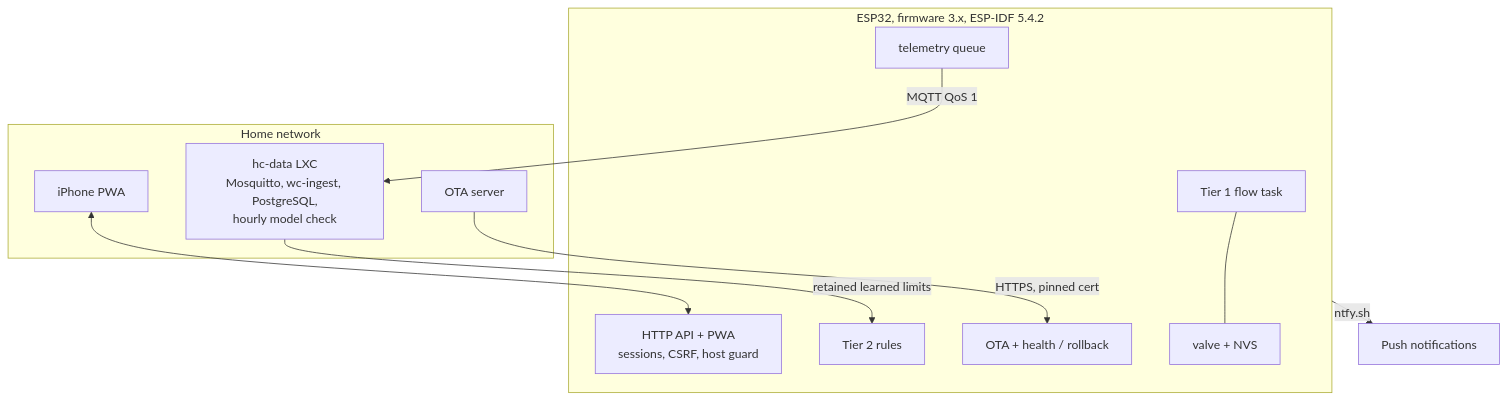
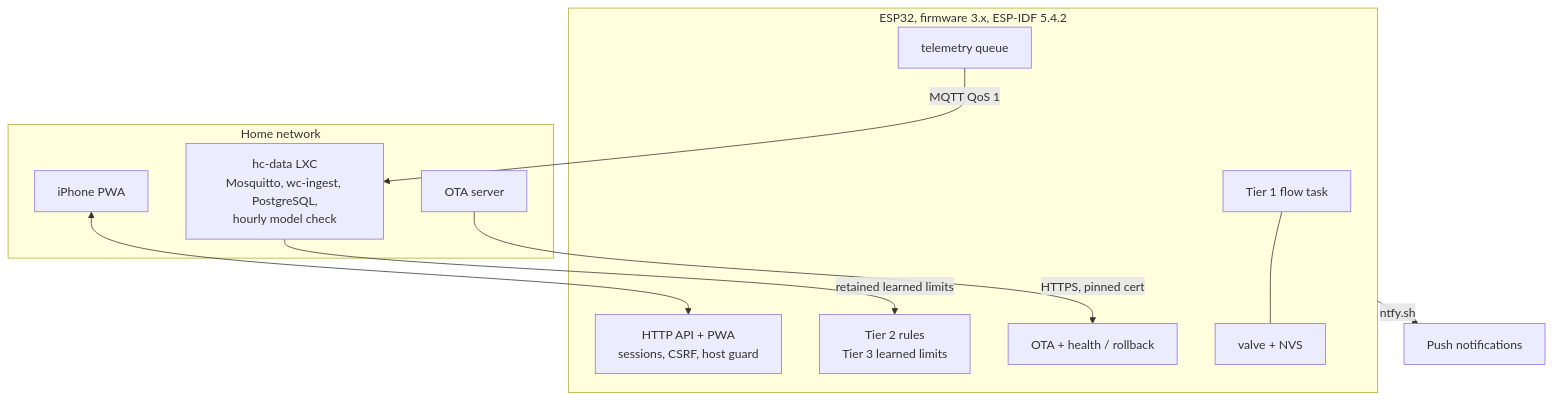
The second of 2 diagrams in README.md (tomekceszke/water-controller), drawn with Mermaid before and after one commit. The commit also changed other lines of this file and 8 other files, not shown here.

First line of the commit message:
Learned limits become Tier 3, notify only

````diff
--- a/README.md
+++ b/README.md
@@ -92,20 +95,20 @@
 ```mermaid
 flowchart TB
     subgraph device[ESP32, firmware 3.x, ESP-IDF 5.4.2]
         tier1[Tier 1 flow task] --- valve[valve + NVS]
-        tier2[Tier 2 rules]
+        tier2[Tier 2 rules<br/>Tier 3 learned limits]
         api[HTTP API + PWA<br/>sessions, CSRF, host guard]
         tele[telemetry queue]
         ota[OTA + health / rollback]
     end
     subgraph lan[Home network]
         phone[iPhone PWA]
         hc[hc-data LXC<br/>Mosquitto, wc-ingest, PostgreSQL,<br/>hourly model check]
         otas[OTA server]
     end
     phone <--> api
     tele -- MQTT QoS 1 --> hc
     hc -- retained learned limits --> tier2
     otas -- HTTPS, pinned cert --> ota
     device -- ntfy.sh --> push[Push notifications]
 ```
````
